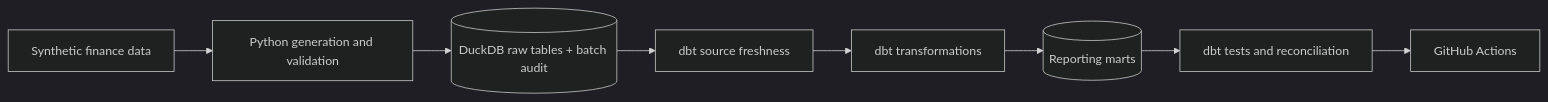
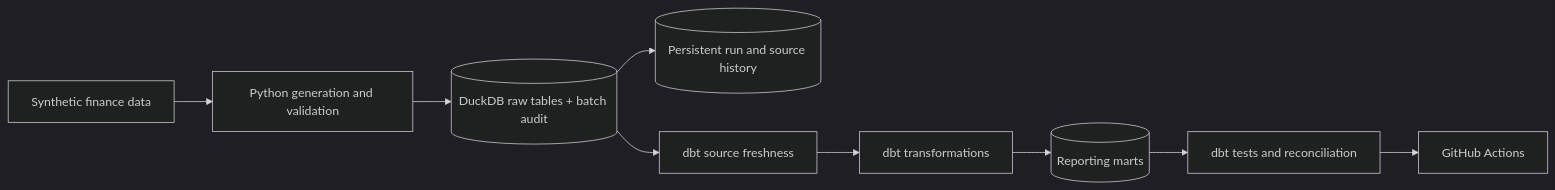
Before and after one commit to Wasim-Jussab/finance-analytics-engineering-portfolio: the diagram in README.md, drawn with Mermaid (dark theme). The commit also changed other lines of this file and 12 other files, not shown here.

````diff
--- a/README.md
+++ b/README.md
@@ -11,10 +11,11 @@
 ```mermaid
 flowchart LR
     A["Synthetic finance data"] --> B["Python generation and validation"]
     B --> C[("DuckDB raw tables + batch audit")]
+    C --> I[("Persistent run and source history")]
     C --> H["dbt source freshness"]
     H --> D["dbt transformations"]
     D --> E[("Reporting marts")]
     E --> F["dbt tests and reconciliation"]
     F --> G["GitHub Actions"]
 ```
````
